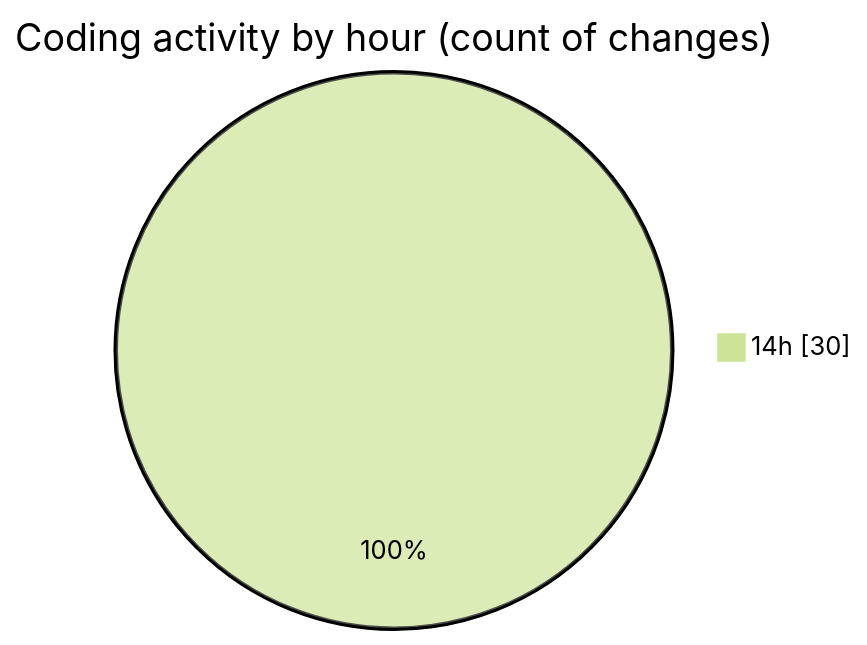
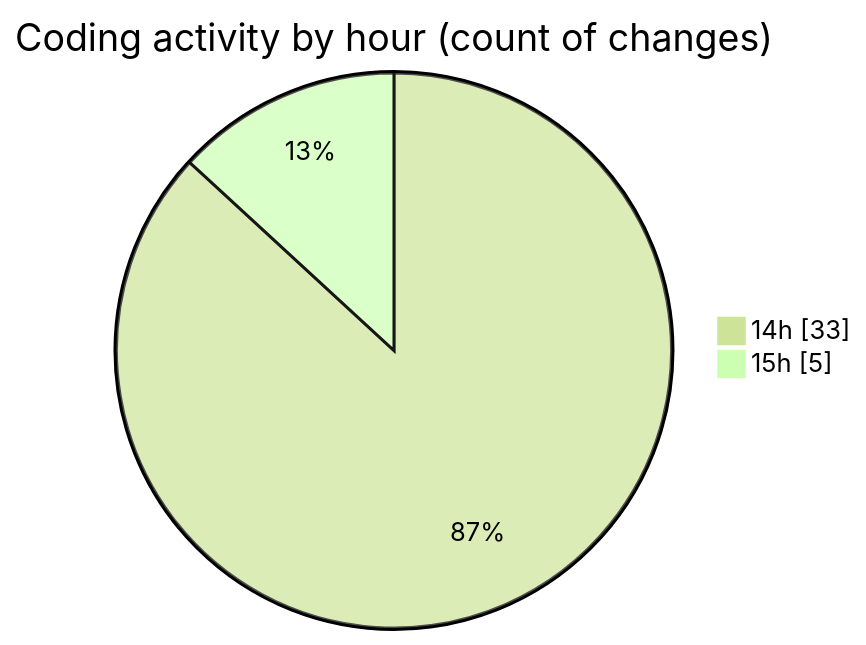
Before and after one commit to NitaiMahat/code-tracking: the second of 2 diagrams in 2025-02-07/recipe-page-main/README.md, drawn with Mermaid (forest theme). The commit also changed other lines of this file and 1 other file, not shown here.

````diff
--- a/2025-02-07/recipe-page-main/README.md
+++ b/2025-02-07/recipe-page-main/README.md
@@ -30,5 +30,6 @@
 ```mermaid
 pie showData
 title Coding activity by hour (count of changes)
-"14h" : 30
+"14h" : 33
+"15h" : 5
 ```
````
